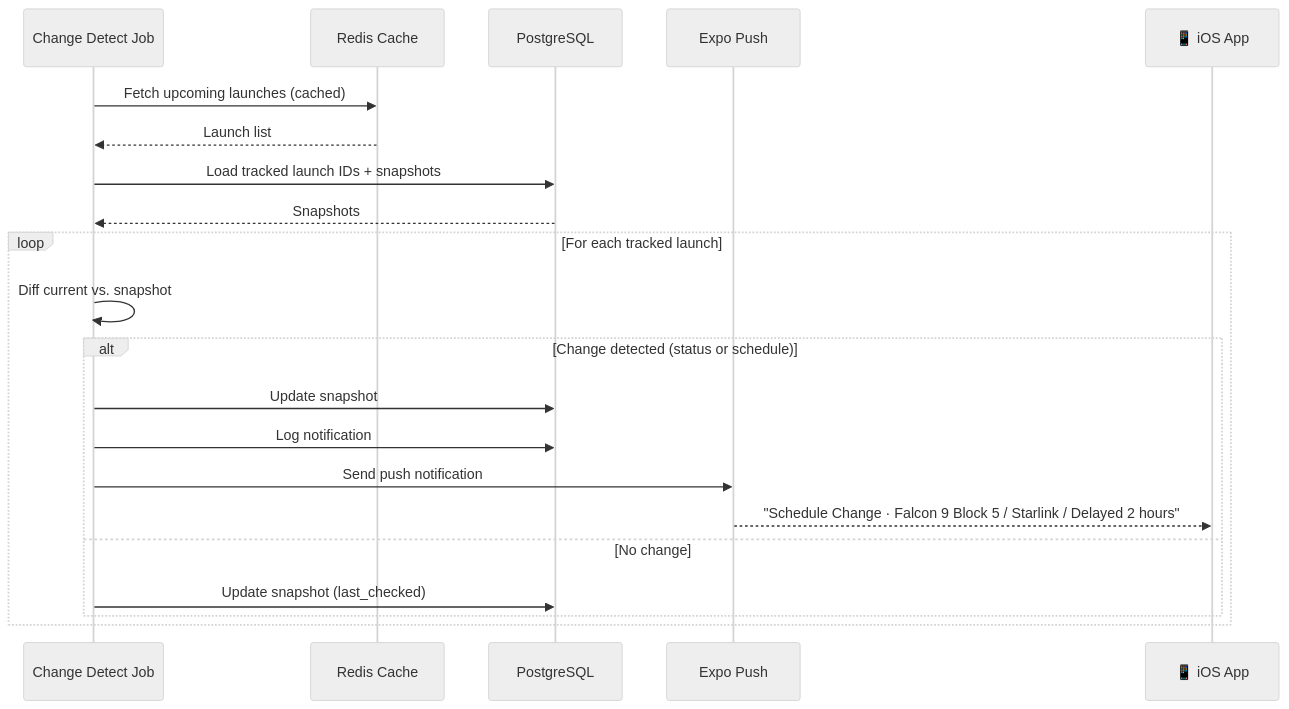
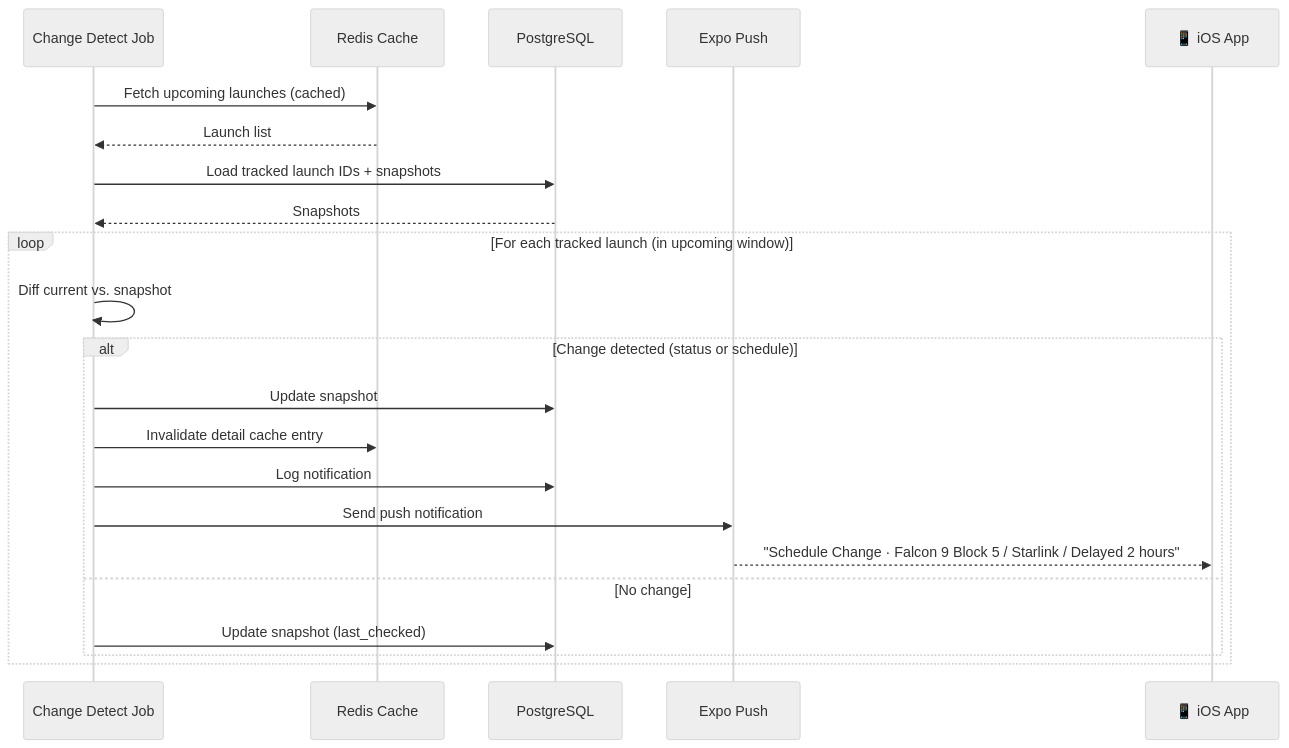
The third of 7 diagrams in README.md (jamus/orbitq-api-docs), drawn with Mermaid (neutral theme) before and after one commit. The commit also changed other lines of this file, not shown here.

````diff
--- a/README.md
+++ b/README.md
@@ -88,25 +88,26 @@
 ```mermaid
 sequenceDiagram
     participant Job as Change Detect Job
     participant Cache as Redis Cache
     participant DB as PostgreSQL
     participant Expo as Expo Push
     participant App as 📱 iOS App
 
     Job->>Cache: Fetch upcoming launches (cached)
     Cache-->>Job: Launch list
     Job->>DB: Load tracked launch IDs + snapshots
     DB-->>Job: Snapshots
 
-    loop For each tracked launch
+    loop For each tracked launch (in upcoming window)
         Job->>Job: Diff current vs. snapshot
         alt Change detected (status or schedule)
             Job->>DB: Update snapshot
+            Job->>Cache: Invalidate detail cache entry
             Job->>DB: Log notification
             Job->>Expo: Send push notification
             Expo-->>App: "Schedule Change · Falcon 9 Block 5 / Starlink / Delayed 2 hours"
         else No change
             Job->>DB: Update snapshot (last_checked)
         end
     end
 ```
````
